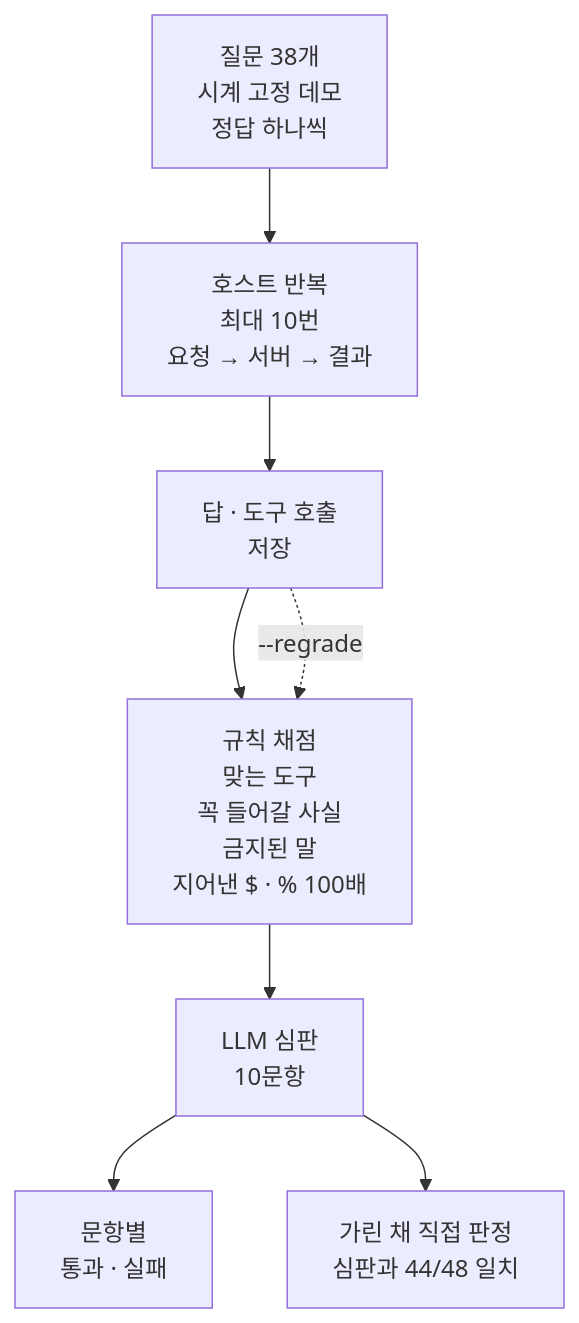
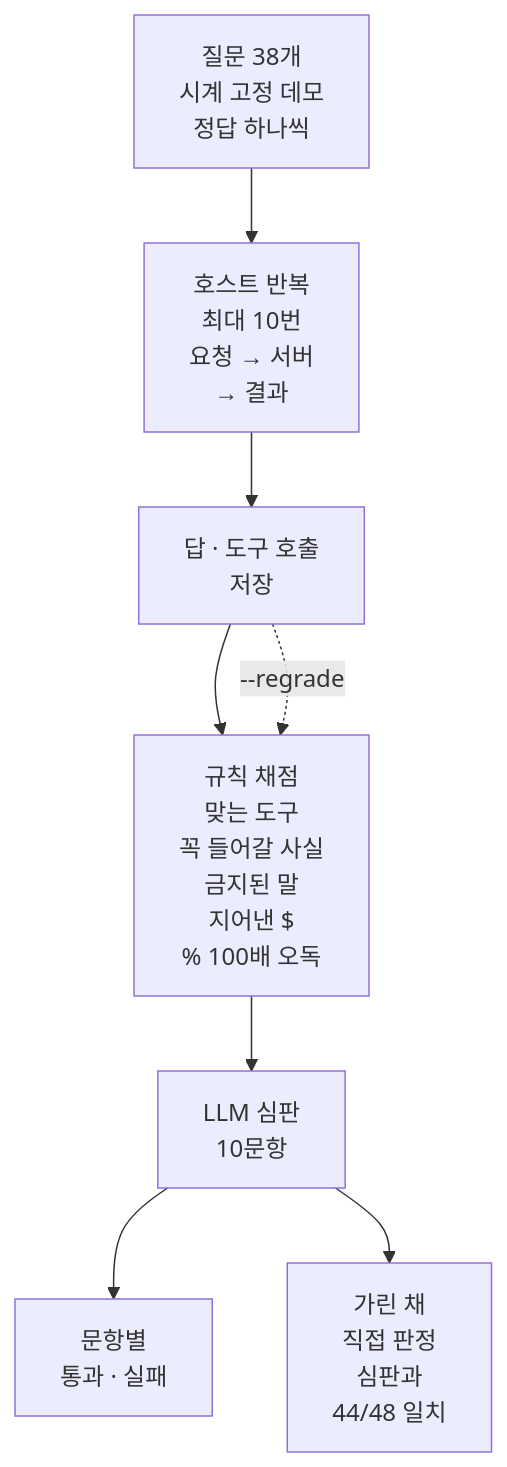
Before and after one commit to swanmun/bot-ops-mcp: the second of 2 diagrams in README.ko.md, drawn with Mermaid. The commit also changed other lines of this file and 1 other file, not shown here.

Commit message:
README diagrams: break the remaining long lines (Korean 1:1)

````diff
--- a/README.ko.md
+++ b/README.ko.md
@@ -82,10 +82,10 @@
 ```mermaid
 flowchart TD
-    C["질문 38개<br/>시계 고정 데모<br/>정답 하나씩"] --> H["호스트 반복<br/>최대 10번<br/>요청 → 서버 → 결과"]
+    C["질문 38개<br/>시계 고정 데모<br/>정답 하나씩"] --> H["호스트 반복<br/>최대 10번<br/>요청 → 서버<br/>→ 결과"]
     H --> ANS["답 · 도구 호출<br/>저장"]
-    ANS --> RG["규칙 채점<br/>맞는 도구<br/>꼭 들어갈 사실<br/>금지된 말<br/>지어낸 $ · % 100배"]
+    ANS --> RG["규칙 채점<br/>맞는 도구<br/>꼭 들어갈 사실<br/>금지된 말<br/>지어낸 $<br/>% 100배 오독"]
     RG --> J["LLM 심판<br/>10문항"]
     J --> RES["문항별<br/>통과 · 실패"]
-    J --> HL["가린 채 직접 판정<br/>심판과 44/48 일치"]
+    J --> HL["가린 채<br/>직접 판정<br/>심판과<br/>44/48 일치"]
     ANS -.->|"--regrade"| RG
 ```
````
